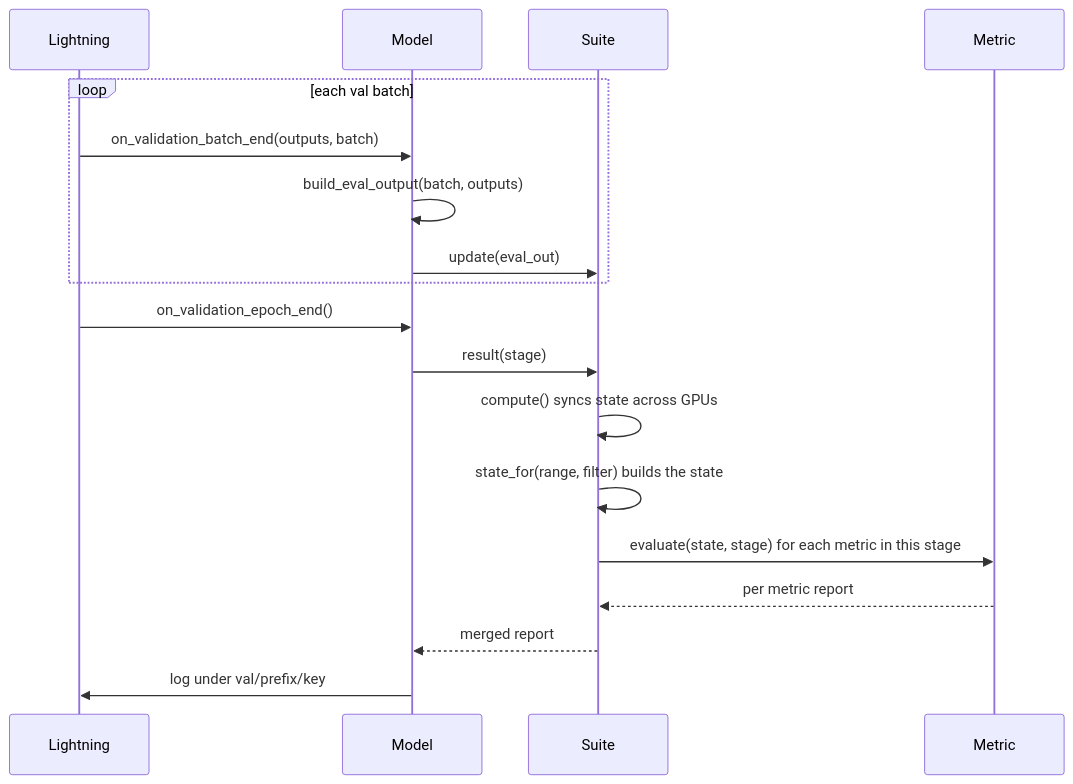
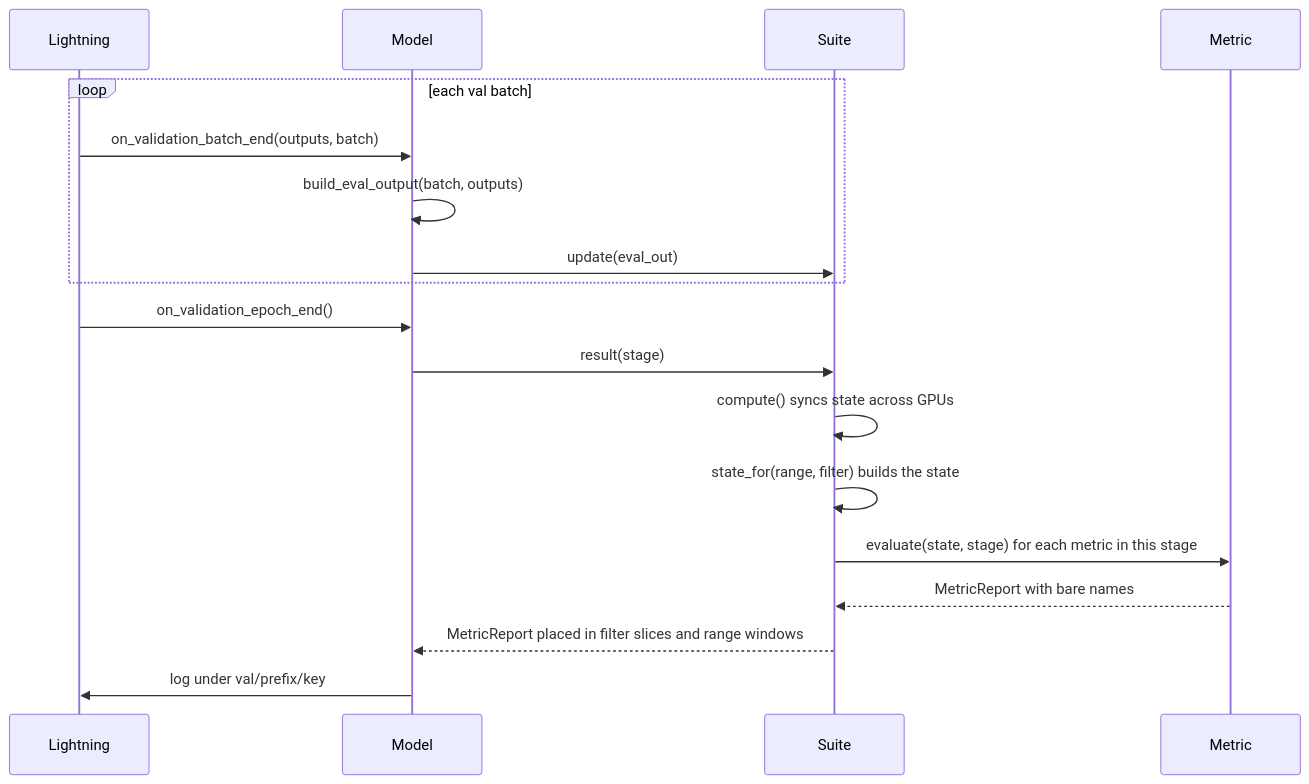
One commit to tier4/autoware-ml changed the first of 2 diagrams in docs/framework/metrics.md. Above: the diagram before and after it, drawn with Mermaid. The commit also changed other lines of this file and 45 other files, not shown here.

Commit message:
refactor(metrics): report values through typed MetricKey and MetricReport (#231)

````diff
--- a/docs/framework/metrics.md
+++ b/docs/framework/metrics.md
@@ -75,20 +75,20 @@
 ```mermaid
 sequenceDiagram
     participant L as Lightning
     participant M as Model
     participant S as Suite
     participant Me as Metric
     loop each val batch
         L->>M: on_validation_batch_end(outputs, batch)
         M->>M: build_eval_output(batch, outputs)
         M->>S: update(eval_out)
     end
     L->>M: on_validation_epoch_end()
     M->>S: result(stage)
     S->>S: compute() syncs state across GPUs
     S->>S: state_for(range, filter) builds the state
     S->>Me: evaluate(state, stage) for each metric in this stage
-    Me-->>S: per metric report
-    S-->>M: merged report
+    Me-->>S: MetricReport with bare names
+    S-->>M: MetricReport placed in filter slices and range windows
     M->>L: log under val/prefix/key
 ```
````
